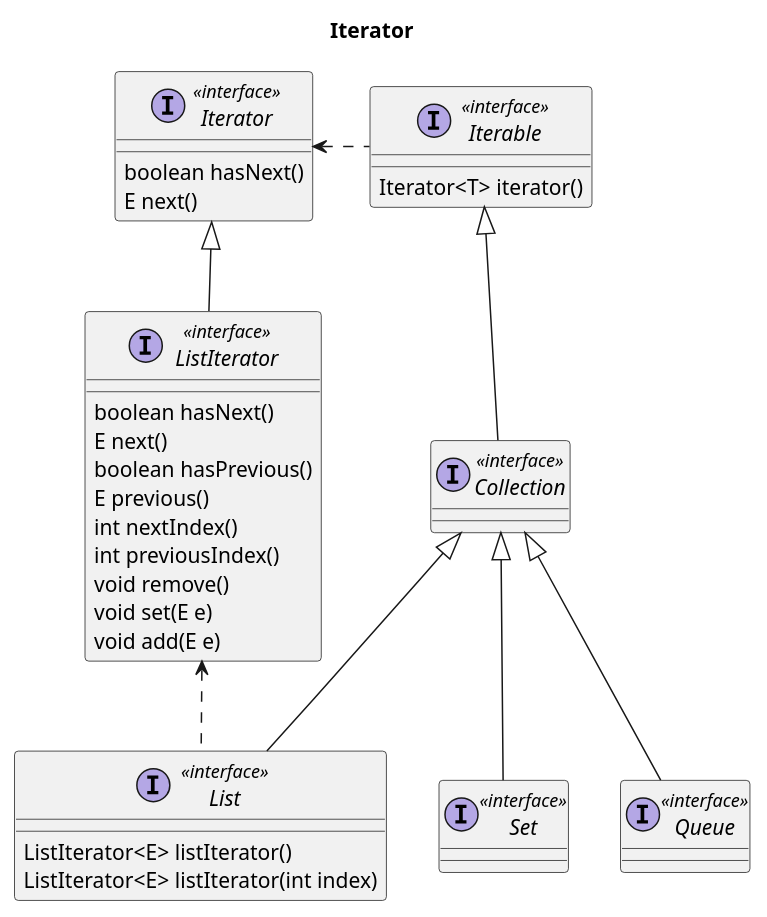
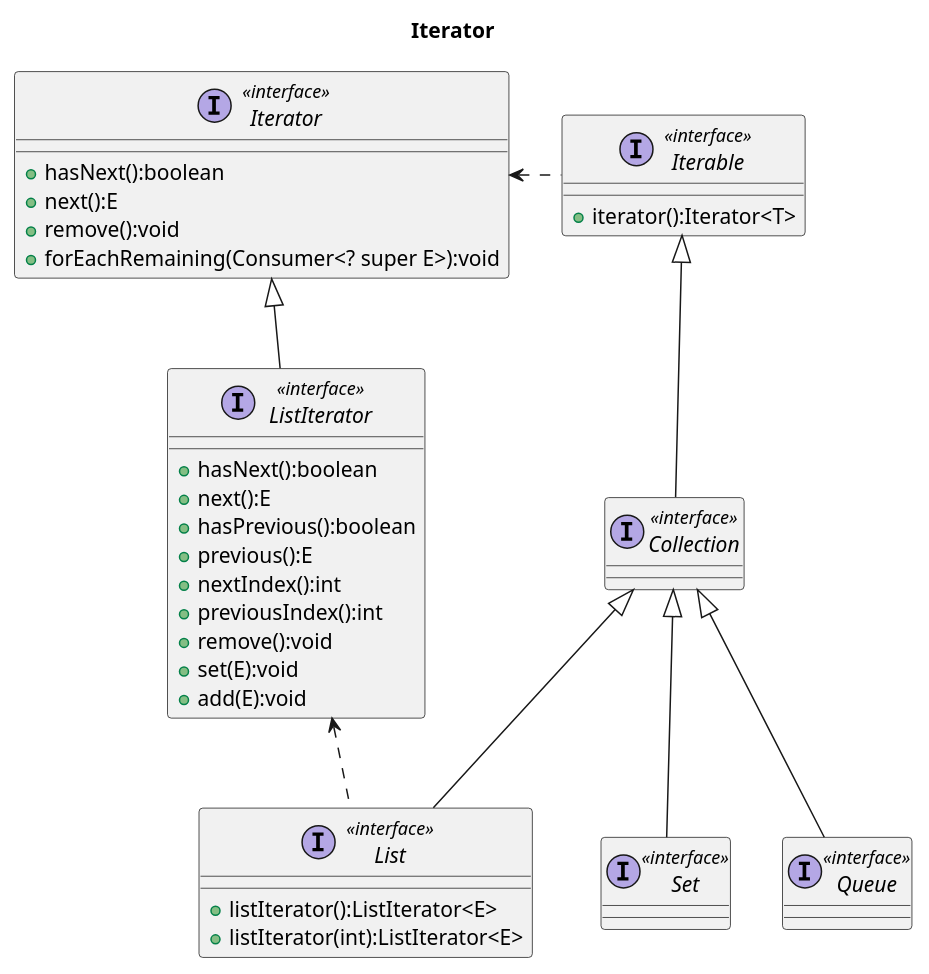
Before and after one commit to lewky/java-note: the third of 3 diagrams in docs/container/数据结构.md, drawn with PlantUML. The commit also changed other lines of this file and 4 other files, not shown here.

````diff
--- a/docs/container/数据结构.md
+++ b/docs/container/数据结构.md
@@ -140,44 +140,46 @@
 ```plantuml
 @startuml
 title Iterator
 
 interface Iterable <<interface>> {
-	Iterator<T> iterator()
+	+iterator():Iterator<T>
 }
 interface Collection <<interface>>
 interface Iterator <<interface>> {
-	boolean hasNext()
-	E next()
+	+hasNext():boolean
+	+next():E
+	+remove():void
+	+forEachRemaining(Consumer<? super E>):void
 }
 
 Iterable <|-- Collection
 Iterator <. Iterable
 
 interface Set <<interface>>
 interface List <<interface>> {
-	ListIterator<E> listIterator()
-	ListIterator<E> listIterator(int index)
+	+listIterator():ListIterator<E>
+	+listIterator(int):ListIterator<E>
 }
 interface Queue <<interface>>
 
 Collection <|-- Set
 Collection <|-- List
 Collection <|-- Queue
 
 interface ListIterator <<interface>> {
-	boolean hasNext()
-	E next()
-	boolean hasPrevious()
-	E previous()
-	int nextIndex()
-	int previousIndex()
-	void remove()
-	void set(E e)
-	void add(E e)
+	+hasNext():boolean
+	+next():E
+	+hasPrevious():boolean
+	+previous():E
+	+nextIndex():int
+	+previousIndex():int
+	+remove():void
+	+set(E):void
+	+add(E):void
 }
 
 Iterator <|-- ListIterator
 ListIterator <.. List
 
 @enduml
 ```
````
